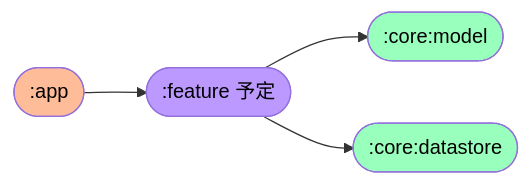
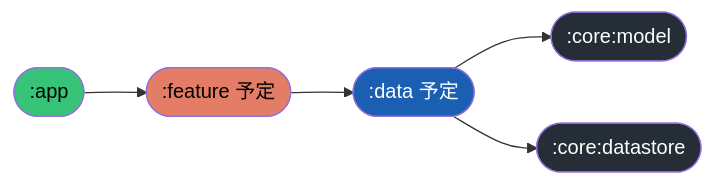
Before and after one commit to kosenda/MultiColorPicker: the diagram in README.md, drawn with Mermaid.

Commit message:
docs: Mermaid 色の変更とdataModuleの追加
[skip ci]

````diff
--- a/README.md
+++ b/README.md
@@ -49,10 +49,12 @@
 ```mermaid
 flowchart LR
-  classDef appModule fill:#FFBC99,color:#000
-  classDef featureModule fill:#BC99FF,color:#000
-  classDef coreModule fill:#99FFBC,color:#000
+  classDef appModule fill:#37C478,color:#000
+  classDef featureModule fill:#E37D66,color:#000
+  classDef dataModule fill:#1B5FB2,color:#FFF
+  classDef coreModule fill:#252E37,color:#FFF
   
-  A([:app]):::appModule --> B([:feature 予定]):::featureModule
-  B([:feature 予定]):::featureModule --> C([:core:model]):::coreModule 
-  B([:feature 予定]):::featureModule --> D([:core:datastore]):::coreModule
+  A1([:app]):::appModule --> B1([:feature 予定]):::featureModule
+  B1 --> C1([:data 予定]):::dataModule
+  C1 --> D1([:core:model]):::coreModule 
+  C1 --> D2([:core:datastore]):::coreModule
 ```
````
